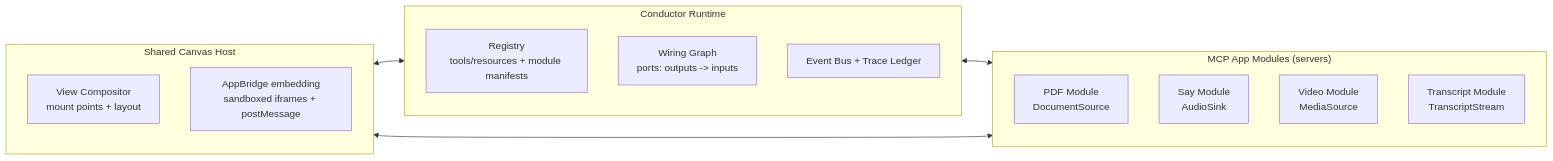
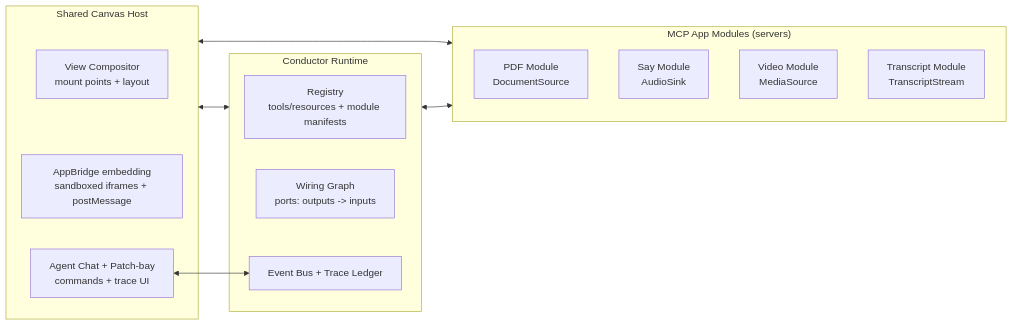
One commit to dukefromearth/mcp-app-conductor changed the second of 2 diagrams in README.md. Above: the diagram before and after it, drawn with Mermaid. The commit also changed other lines of this file and 34 other files, not shown here.

````diff
--- a/README.md
+++ b/README.md
@@ -132,24 +254,26 @@
 ```mermaid
 flowchart LR
   subgraph Host["Shared Canvas Host"]
     V["View Compositor<br/>mount points + layout"]
     B["AppBridge embedding<br/>sandboxed iframes + postMessage"]
+    P["Agent Chat + Patch-bay<br/>commands + trace UI"]
   end
 
   subgraph Conductor["Conductor Runtime"]
     R["Registry<br/>tools/resources + module manifests"]
     W["Wiring Graph<br/>ports: outputs -> inputs"]
     E["Event Bus + Trace Ledger"]
   end
 
   subgraph Modules["MCP App Modules (servers)"]
     M1["PDF Module<br/>DocumentSource"]
     M2["Say Module<br/>AudioSink"]
     M3["Video Module<br/>MediaSource"]
     M4["Transcript Module<br/>TranscriptStream"]
   end
 
   Host <--> Conductor
+  P <--> E
   Conductor <--> Modules
   Host <--> Modules
 ```
````
